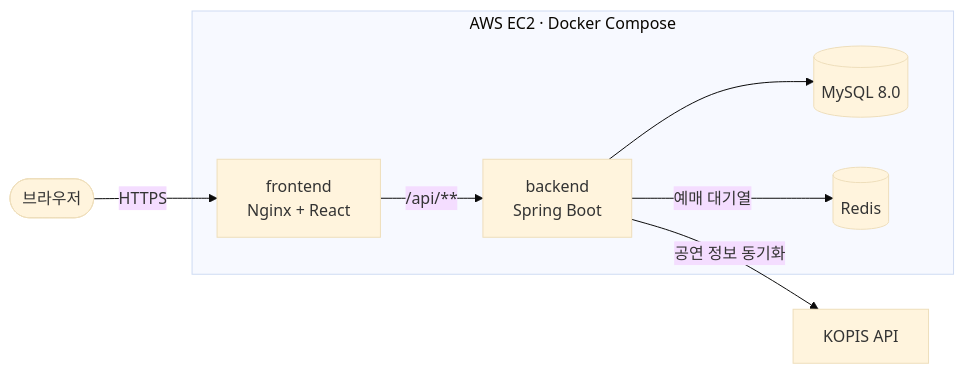
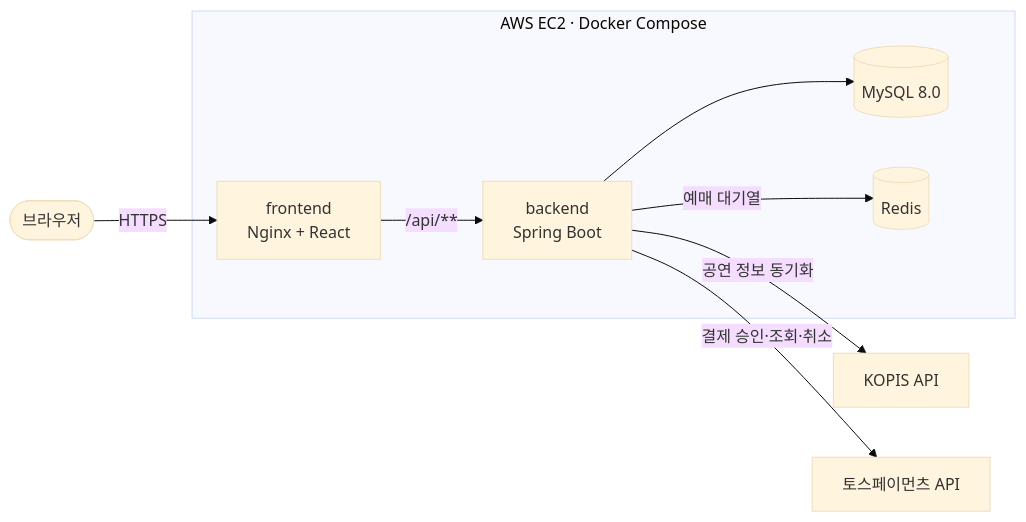
Before and after one commit to dongri-p/InMyTicket_JPA: the diagram in README.md, drawn with Mermaid (base theme). The commit also changed other lines of this file, not shown here.

Commit message:
docs: README에 토스 API 구조도, k6, 환불 미리 보기 API 반영

````diff
--- a/README.md
+++ b/README.md
@@ -44,10 +45,11 @@
 ```mermaid
 flowchart LR
     User([브라우저]) -- HTTPS --> Nginx["frontend<br/>Nginx + React"]
     subgraph EC2["AWS EC2 · Docker Compose"]
         Nginx -- "/api/**" --> Backend["backend<br/>Spring Boot"]
         Backend --> DB[("MySQL 8.0")]
         Backend -- 예매 대기열 --> Redis[("Redis")]
     end
     Backend -- 공연 정보 동기화 --> KOPIS["KOPIS API"]
+    Backend -- 결제 승인·조회·취소 --> Toss["토스페이먼츠 API"]
 ```
````
